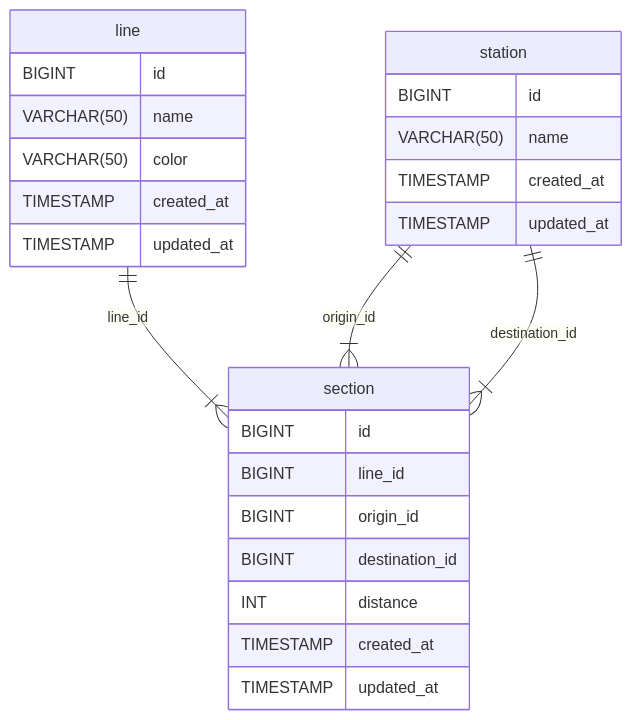
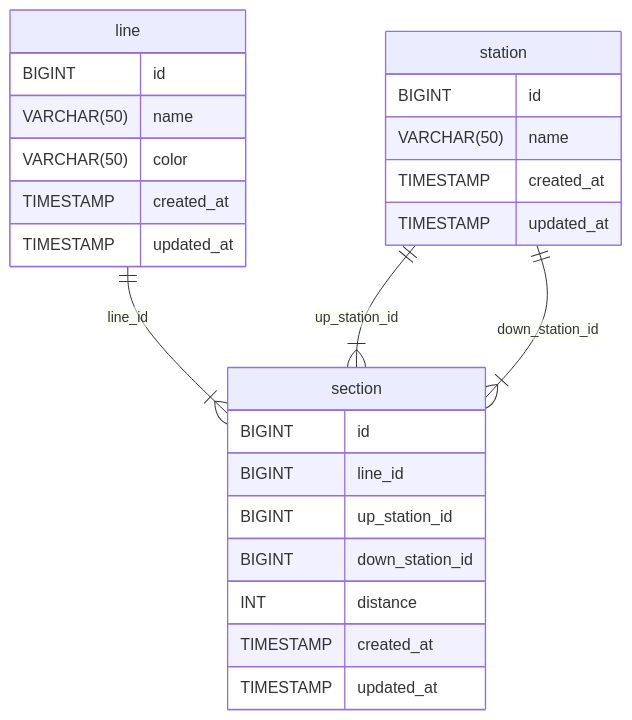
One commit to woowacourse/jwp-subway-path changed the diagram in README.md. Above: the diagram before and after it, drawn with Mermaid. The commit also changed other lines of this file and 12 other files, not shown here.

````diff
--- a/README.md
+++ b/README.md
@@ -250,29 +366,29 @@
 ```mermaid
 erDiagram
     line ||--|{ section : line_id
     line {
         BIGINT id
         VARCHAR(50) name
         VARCHAR(50) color
         TIMESTAMP created_at
         TIMESTAMP updated_at
     }
-    station ||--|{ section : origin_id
-    station ||--|{ section : destination_id
+    station ||--|{ section : up_station_id
+    station ||--|{ section : down_station_id
     station {
         BIGINT id
         VARCHAR(50) name
         TIMESTAMP created_at
         TIMESTAMP updated_at
     }
 
     section {
         BIGINT id
         BIGINT line_id
-        BIGINT origin_id
-        BIGINT destination_id
-        INT distance
+        BIGINT up_station_id
+        BIGINT down_station_id
+				INT distance
         TIMESTAMP created_at
         TIMESTAMP updated_at
     }
 ```
````
